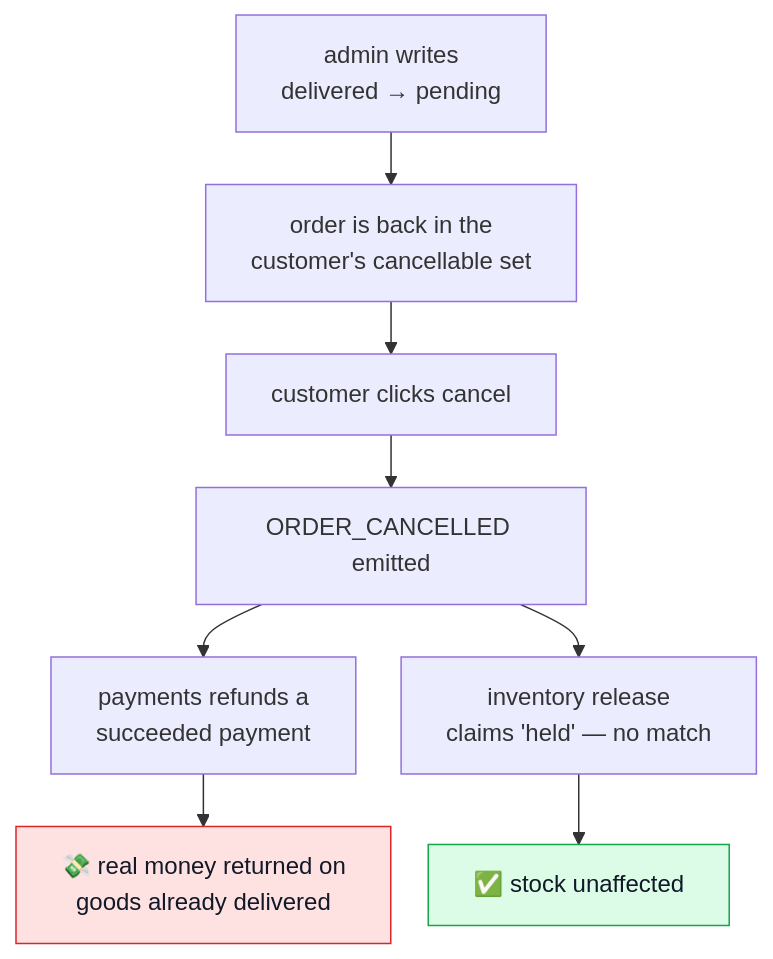
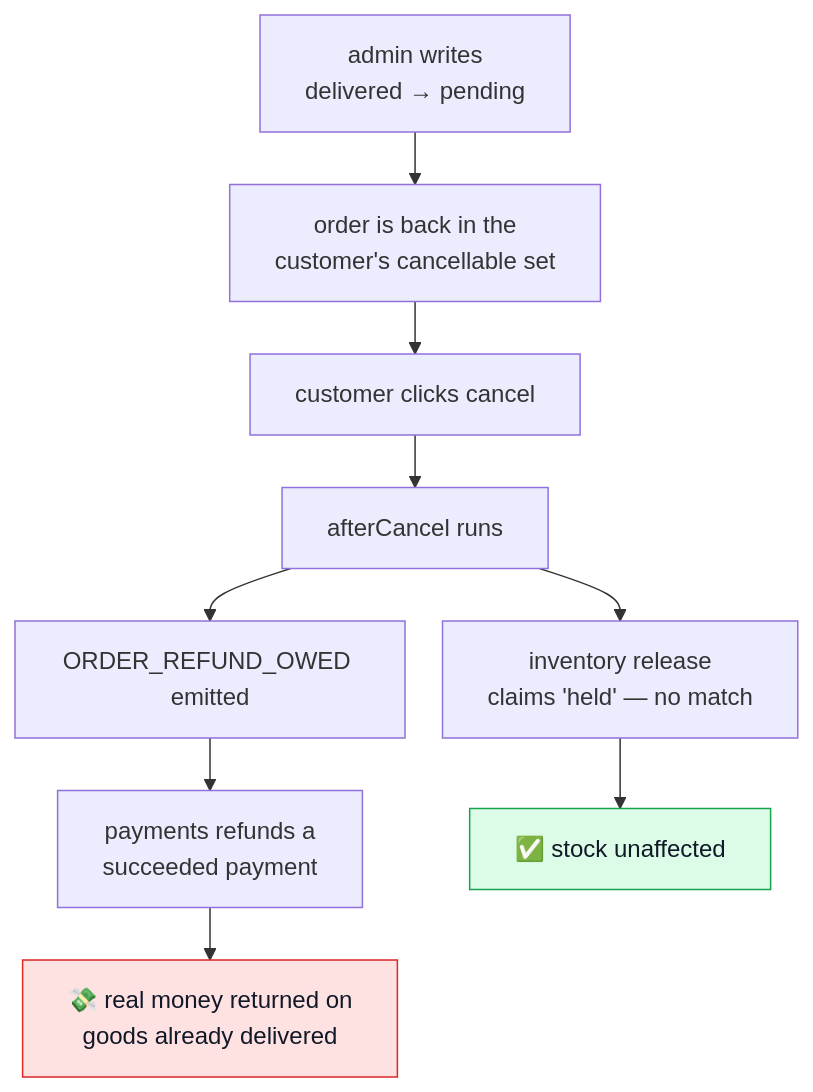
One commit to Guebbit/boilerplate-node-backend changed the fourth of 11 diagrams in docs/theory/tactical-ddd.md. Above: the diagram before and after it, drawn with Mermaid. The commit also changed other lines of this file and 12 other files, not shown here.

First line of the commit message:
fix(orders): retry the owed refund, not the cancellation

````diff
--- a/docs/theory/tactical-ddd.md
+++ b/docs/theory/tactical-ddd.md
@@ -147,16 +147,17 @@
 ```mermaid
 %%{init: {'flowchart': {'nodeSpacing': 25, 'rankSpacing': 35}}}%%
 flowchart TD
     A["admin writes<br/>delivered → pending"] --> B["order is back in the<br/>customer's cancellable set"]
     B --> C["customer clicks cancel"]
-    C --> D["ORDER_CANCELLED emitted"]
-    D --> E["payments refunds a<br/>succeeded payment"]
+    C --> D["afterCancel runs"]
+    D --> E2["ORDER_REFUND_OWED emitted"]
+    E2 --> E["payments refunds a<br/>succeeded payment"]
     D --> F["inventory release<br/>claims 'held' — no match"]
     E --> G["💸 real money returned on<br/>goods already delivered"]
     F --> H["✅ stock unaffected"]
 
     classDef bad fill:#fee2e2,stroke:#dc2626,color:#111827;
     classDef ok fill:#dcfce7,stroke:#16a34a,color:#111827;
     class G bad;
     class H ok;
 ```
````
